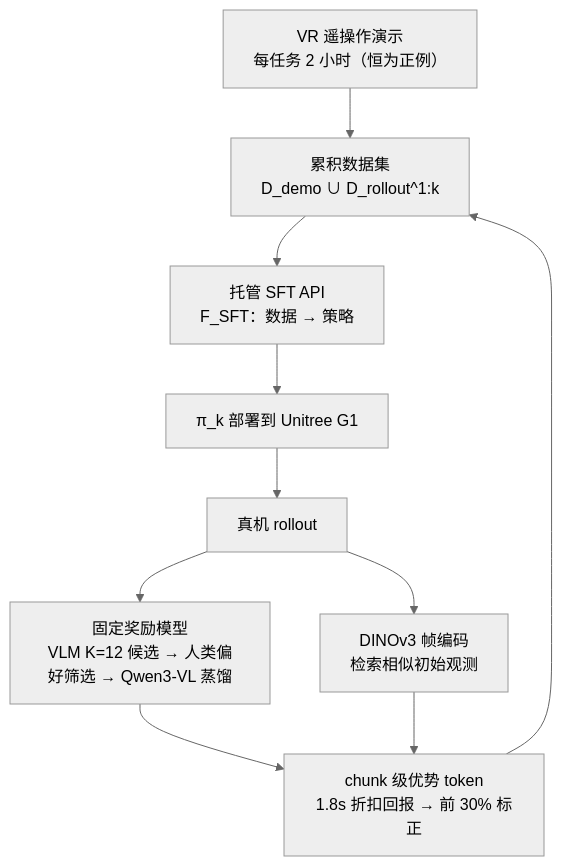
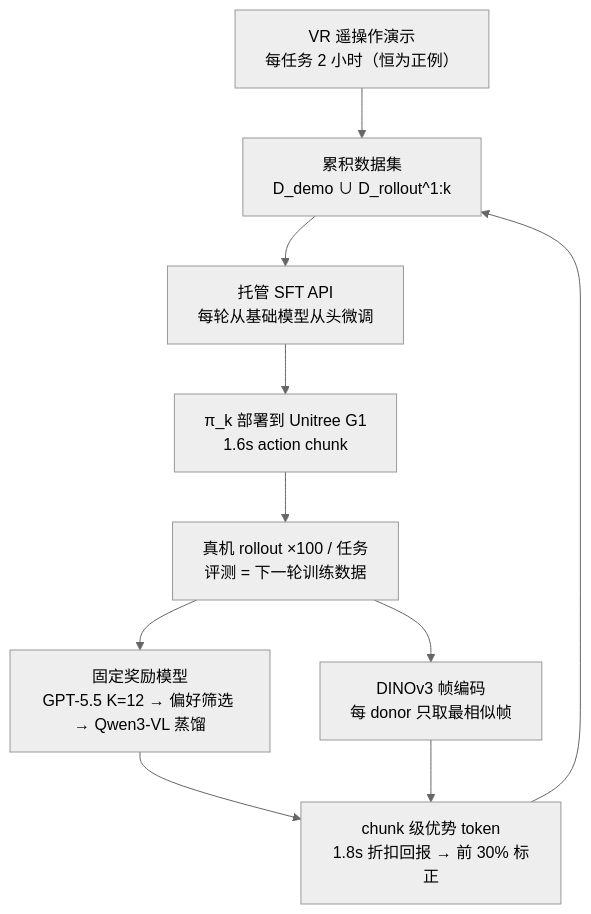
The diagram in wiki/entities/paper-clift-closed-loop-iterative-finetuning.md (ImChong/Robotics_Notebooks), drawn with Mermaid (neutral theme) before and after one commit. The commit also changed other lines of this file and 8 other files, not shown here.

````diff
--- a/wiki/entities/paper-clift-closed-loop-iterative-finetuning.md
+++ b/wiki/entities/paper-clift-closed-loop-iterative-finetuning.md
@@ -99,15 +103,15 @@
 ```mermaid
 flowchart TB
   demo["VR 遥操作演示<br/>每任务 2 小时（恒为正例）"]
-  api["托管 SFT API<br/>F_SFT：数据 → 策略"]
-  pol["π_k 部署到 Unitree G1"]
-  roll["真机 rollout"]
-  rm["固定奖励模型<br/>VLM K=12 候选 → 人类偏好筛选 → Qwen3-VL 蒸馏"]
-  dino["DINOv3 帧编码<br/>检索相似初始观测"]
+  api["托管 SFT API<br/>每轮从基础模型从头微调"]
+  pol["π_k 部署到 Unitree G1<br/>1.6s action chunk"]
+  roll["真机 rollout ×100 / 任务<br/>评测 = 下一轮训练数据"]
+  rm["固定奖励模型<br/>GPT-5.5 K=12 → 偏好筛选 → Qwen3-VL 蒸馏"]
+  dino["DINOv3 帧编码<br/>每 donor 只取最相似帧"]
   adv["chunk 级优势 token<br/>1.8s 折扣回报 → 前 30% 标正"]
   ds["累积数据集<br/>D_demo ∪ D_rollout^1:k"]
   demo --> ds --> api --> pol --> roll
   roll --> rm --> adv
   roll --> dino --> adv
   adv --> ds
 ```
````
